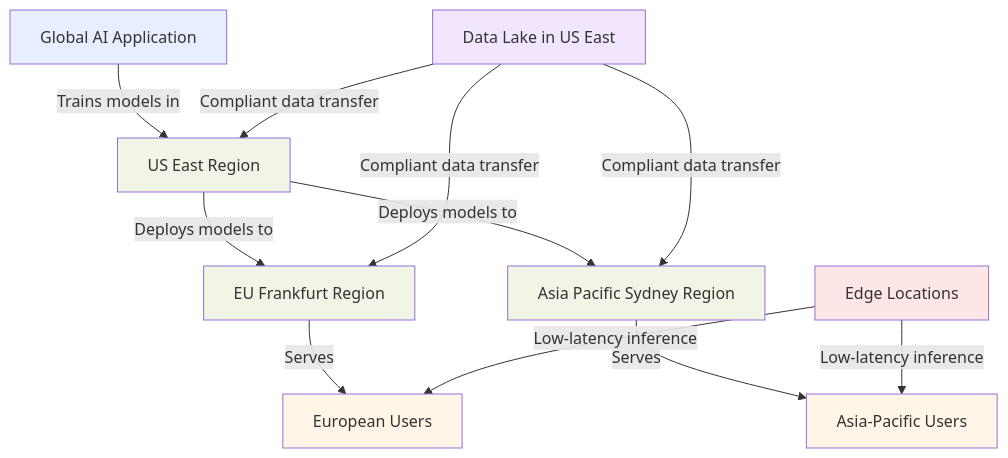
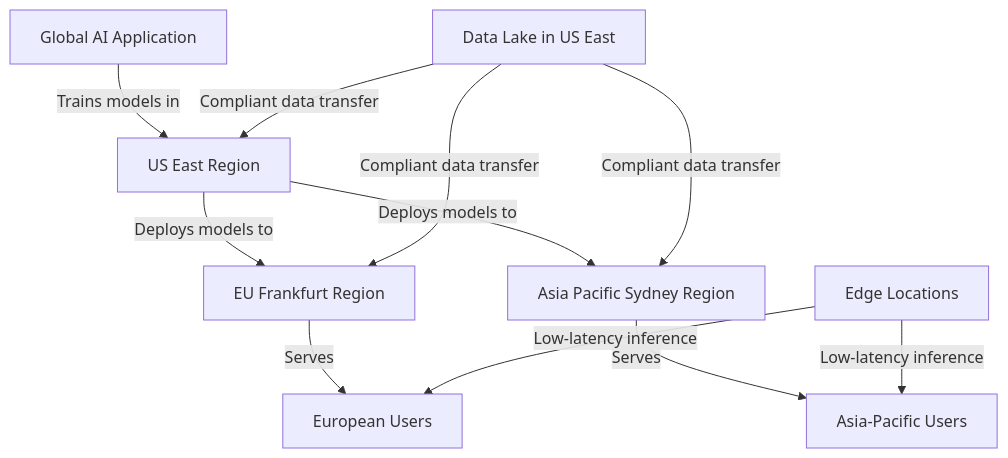
Before and after one commit to CloudCityPress/aws-aif-c01: the second of 3 diagrams in english/60_10_AWS_Global_Infrastructure.md, drawn with Mermaid. The commit also changed other lines of this file and 16 other files, not shown here.

Commit message:
updating Mermaids

````diff
--- a/english/60_10_AWS_Global_Infrastructure.md
+++ b/english/60_10_AWS_Global_Infrastructure.md
@@ -99,25 +88,17 @@
 ```mermaid
 flowchart TD
     A[Global AI Application] -->|Trains models in| B[US East Region]
     B -->|Deploys models to| C[EU Frankfurt Region]
     B -->|Deploys models to| D[Asia Pacific Sydney Region]
     
     C -->|Serves| E[European Users]
     D -->|Serves| F[Asia-Pacific Users]
     
     G[Edge Locations] -->|Low-latency inference| E
     G -->|Low-latency inference| F
     
     H[Data Lake in US East] -->|Compliant data transfer| B
     H -->|Compliant data transfer| C
     H -->|Compliant data transfer| D
     
-    style A fill:#e6eeff
-    style B fill:#f0f5e6
-    style C fill:#f0f5e6
-    style D fill:#f0f5e6
-    style E fill:#fff5e6
-    style F fill:#fff5e6
-    style G fill:#ffe6e6
-    style H fill:#f2e6ff
 ```
````
